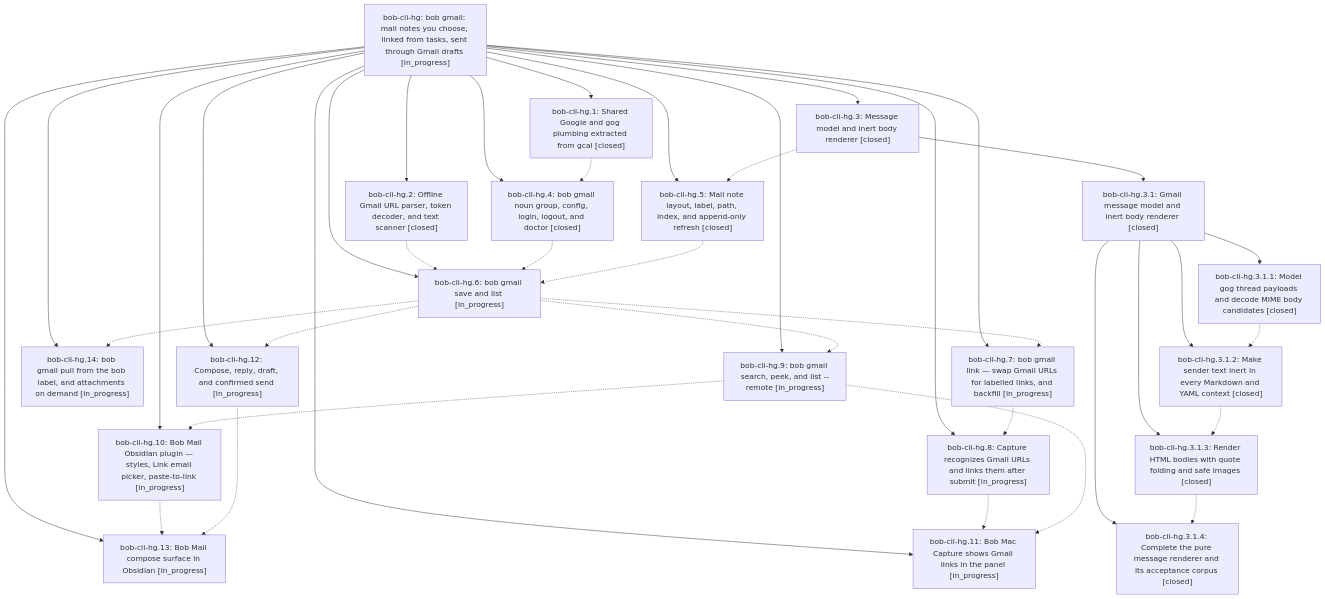
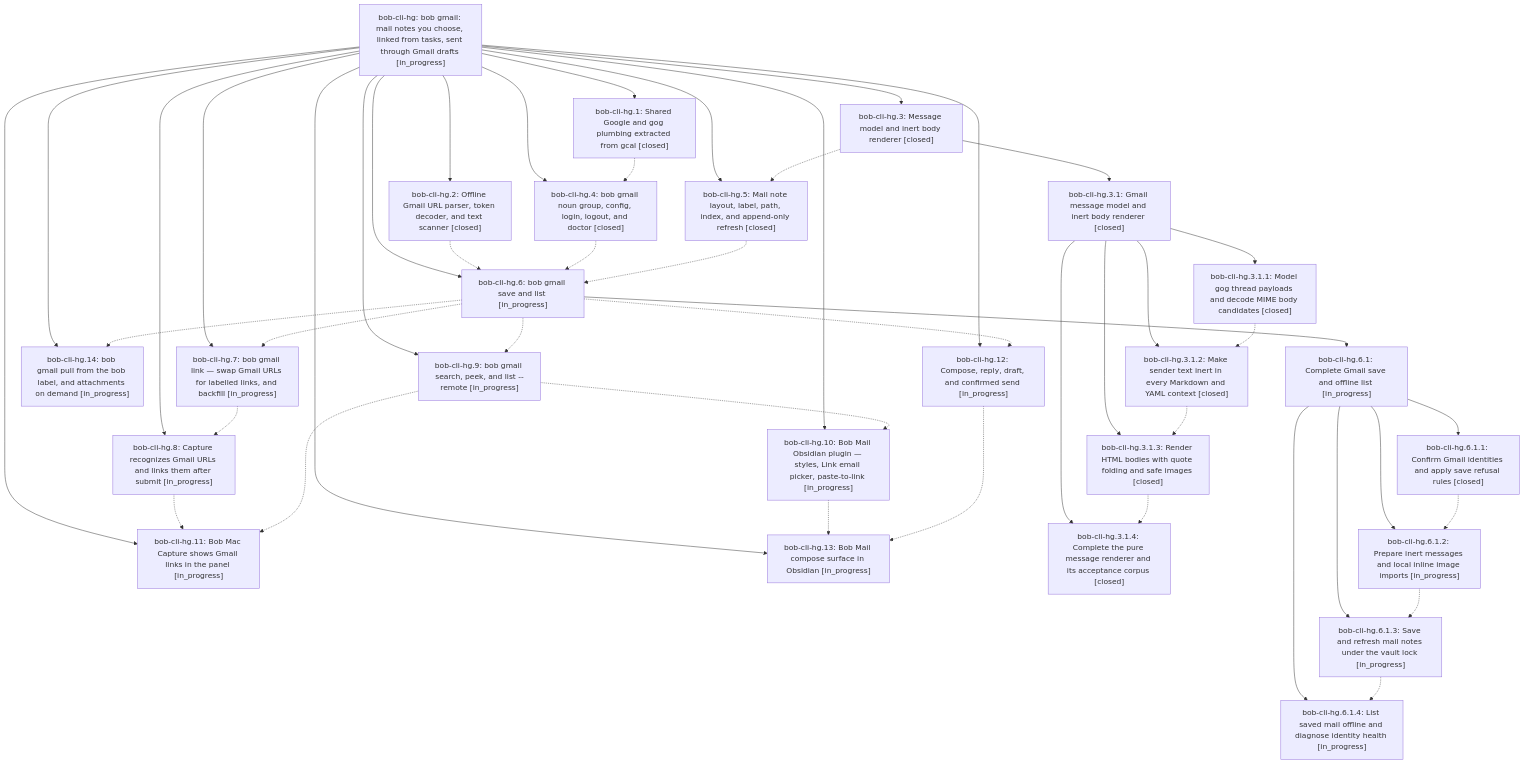
The diagram in pages/bob-cli-hg/README.md (bobs-org/bob-cli--beads), drawn with Mermaid before and after one commit. The commit also changed other lines of this file and 8 other files, not shown here.

First line of the commit message:
chore(beads): sync bead state and pages for bob-cli-hg

````diff
--- a/pages/bob-cli-hg/README.md
+++ b/pages/bob-cli-hg/README.md
@@ -55,60 +55,73 @@
 ```mermaid
 flowchart TD
     n0["bob-cli-hg: bob gmail: mail notes you choose, linked from tasks, sent through Gmail drafts [in_progress]"]
     n1["bob-cli-hg.1: Shared Google and gog plumbing extracted from gcal [closed]"]
     n2["bob-cli-hg.10: Bob Mail Obsidian plugin — styles, Link email picker, paste-to-link [in_progress]"]
     n3["bob-cli-hg.11: Bob Mac Capture shows Gmail links in the panel [in_progress]"]
     n4["bob-cli-hg.12: Compose, reply, draft, and confirmed send [in_progress]"]
     n5["bob-cli-hg.13: Bob Mail compose surface in Obsidian [in_progress]"]
     n6["bob-cli-hg.14: bob gmail pull from the bob label, and attachments on demand [in_progress]"]
     n7["bob-cli-hg.2: Offline Gmail URL parser, token decoder, and text scanner [closed]"]
     n8["bob-cli-hg.3: Message model and inert body renderer [closed]"]
     n9["bob-cli-hg.3.1: Gmail message model and inert body renderer [closed]"]
     n10["bob-cli-hg.3.1.1: Model gog thread payloads and decode MIME body candidates [closed]"]
     n11["bob-cli-hg.3.1.2: Make sender text inert in every Markdown and YAML context [closed]"]
     n12["bob-cli-hg.3.1.3: Render HTML bodies with quote folding and safe images [closed]"]
     n13["bob-cli-hg.3.1.4: Complete the pure message renderer and its acceptance corpus [closed]"]
     n14["bob-cli-hg.4: bob gmail noun group, config, login, logout, and doctor [closed]"]
     n15["bob-cli-hg.5: Mail note layout, label, path, index, and append-only refresh [closed]"]
     n16["bob-cli-hg.6: bob gmail save and list [in_progress]"]
-    n17["bob-cli-hg.7: bob gmail link — swap Gmail URLs for labelled links, and backfill [in_progress]"]
-    n18["bob-cli-hg.8: Capture recognizes Gmail URLs and links them after submit [in_progress]"]
-    n19["bob-cli-hg.9: bob gmail search, peek, and list --remote [in_progress]"]
+    n17["bob-cli-hg.6.1: Complete Gmail save and offline list [in_progress]"]
+    n18["bob-cli-hg.6.1.1: Confirm Gmail identities and apply save refusal rules [closed]"]
+    n19["bob-cli-hg.6.1.2: Prepare inert messages and local inline image imports [in_progress]"]
+    n20["bob-cli-hg.6.1.3: Save and refresh mail notes under the vault lock [in_progress]"]
+    n21["bob-cli-hg.6.1.4: List saved mail offline and diagnose identity health [in_progress]"]
+    n22["bob-cli-hg.7: bob gmail link — swap Gmail URLs for labelled links, and backfill [in_progress]"]
+    n23["bob-cli-hg.8: Capture recognizes Gmail URLs and links them after submit [in_progress]"]
+    n24["bob-cli-hg.9: bob gmail search, peek, and list --remote [in_progress]"]
     n0 --> n1
     n0 --> n2
     n0 --> n3
     n0 --> n4
     n0 --> n5
     n0 --> n6
     n0 --> n7
     n0 --> n8
     n8 --> n9
     n9 --> n10
     n9 --> n11
     n9 --> n12
     n9 --> n13
     n0 --> n14
     n0 --> n15
     n0 --> n16
-    n0 --> n17
-    n0 --> n18
-    n0 --> n19
+    n16 --> n17
+    n17 --> n18
+    n17 --> n19
+    n17 --> n20
+    n17 --> n21
+    n0 --> n22
+    n0 --> n23
+    n0 --> n24
     n1 -.-> n14
     n2 -.-> n5
     n4 -.-> n5
     n7 -.-> n16
     n8 -.-> n15
     n10 -.-> n11
     n11 -.-> n12
     n12 -.-> n13
     n14 -.-> n16
     n15 -.-> n16
     n16 -.-> n4
     n16 -.-> n6
-    n16 -.-> n17
-    n16 -.-> n19
-    n17 -.-> n18
-    n18 -.-> n3
-    n19 -.-> n2
-    n19 -.-> n3
+    n16 -.-> n22
+    n16 -.-> n24
+    n18 -.-> n19
+    n19 -.-> n20
+    n20 -.-> n21
+    n22 -.-> n23
+    n23 -.-> n3
+    n24 -.-> n2
+    n24 -.-> n3
 ```
````
